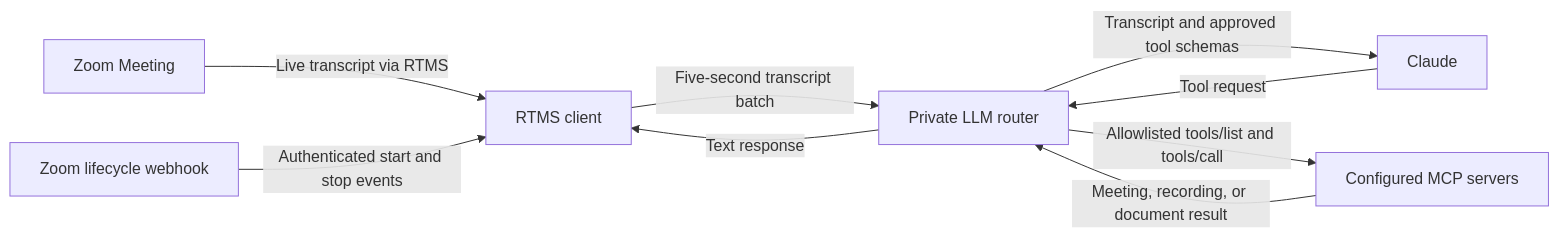
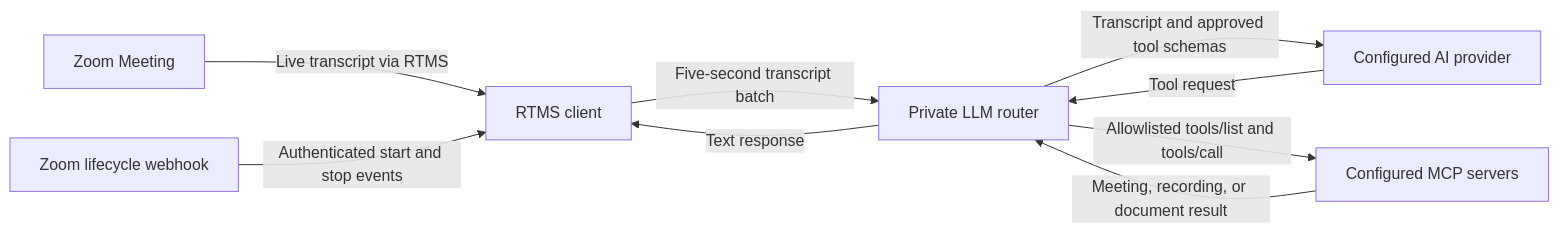
One commit to zoom/blueprints changed the diagram in blueprints/transcripts-to-mcp/index.md. Above: the diagram before and after it, drawn with Mermaid. The commit also changed other lines of this file and 2 other files, not shown here.

Commit message:
Update MCP Blueprint for provider routing

````diff
--- a/blueprints/transcripts-to-mcp/index.md
+++ b/blueprints/transcripts-to-mcp/index.md
@@ -79,11 +85,11 @@
 ```mermaid
 flowchart LR
     A[Zoom Meeting] -->|Live transcript via RTMS| B[RTMS client]
     Z[Zoom lifecycle webhook] -->|Authenticated start and stop events| B
     B -->|Five-second transcript batch| C[Private LLM router]
-    C -->|Transcript and approved tool schemas| D[Claude]
+    C -->|Transcript and approved tool schemas| D[Configured AI provider]
     D -->|Tool request| C
     C -->|Allowlisted tools/list and tools/call| E[Configured MCP servers]
     E -->|Meeting, recording, or document result| C
     C -->|Text response| B
 ```
````
